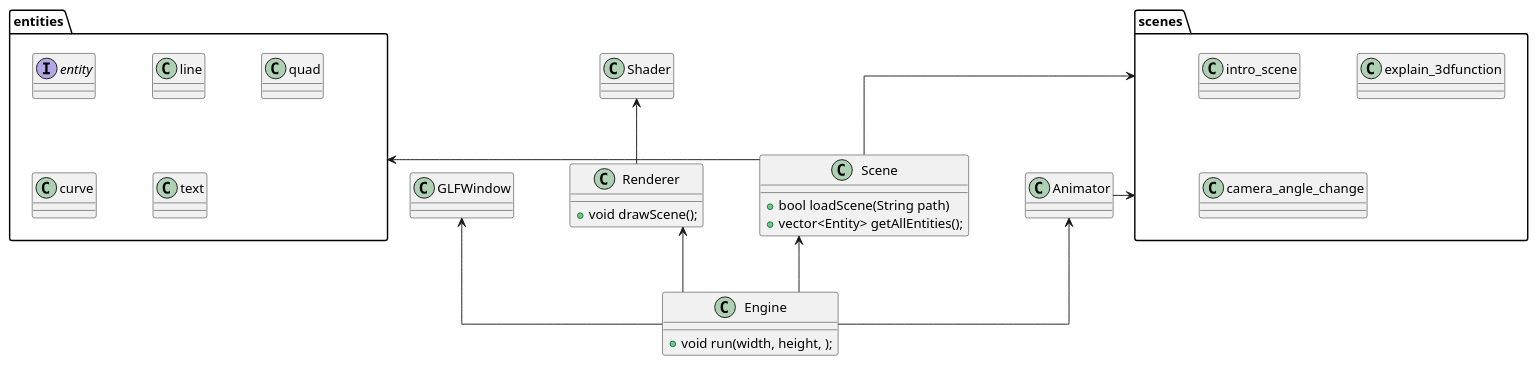
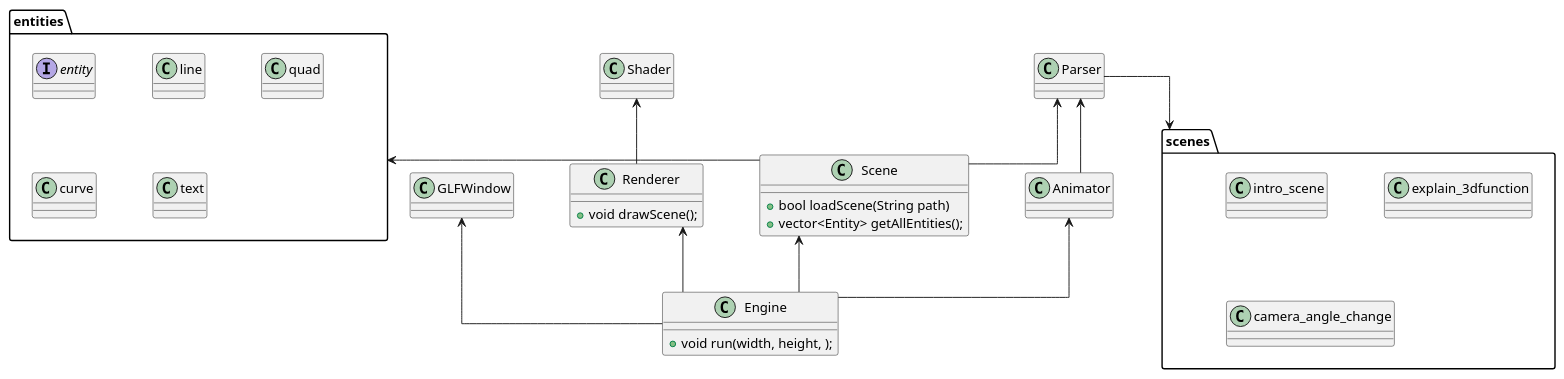
The diagram in docs/diagrams/class-diagram.puml (QchuDev/Animine), drawn with PlantUML before and after one commit. The commit also changed 6 other files, not shown here.

```diff
--- a/docs/diagrams/class-diagram.puml
+++ b/docs/diagrams/class-diagram.puml
@@ -1,54 +1,59 @@
 @startuml
 
 skinparam Linetype ortho
 skinparam Nodesep 60
 skinparam Ranksep 60
 
 class Engine {
     + void run(width, height, );
 }
 class GLFWindow {}
 GLFWindow <-- Engine
 
 class Renderer {
     + void drawScene();
 }
 Renderer <-- Engine
 
 class Shader {}
 Shader <-- Renderer
 
 
 'Here is where the magic happens, the animator should transform the entities attr.'
 'Each entity has a position, scale and rotation'
 'This class should be able to receive the path of some animations scripts.'
 'this scripts are just text files that contain key words for animating'
 
 'Scene is a class that contains all the entities within it'
 class Scene {
     + bool loadScene(String path)
     + vector<Entity> getAllEntities();
 }
 Scene <-- Engine
 
+
 package entities {
     interface entity {}
     class line {}
     class quad {}
     class curve {}
     class text {}
 }
 entities <-- Scene
 
 class Animator {}
 Animator<--Engine
 
 package scenes {
     class intro_scene{}
     class explain_3dfunction{}
     class camera_angle_change{}
 }
-scenes<--Animator
-scenes<--Scene
+
+class Parser {}
+Parser --> scenes
+Parser <-- Scene
+Parser <-- Animator
+
 
 @enduml
```
